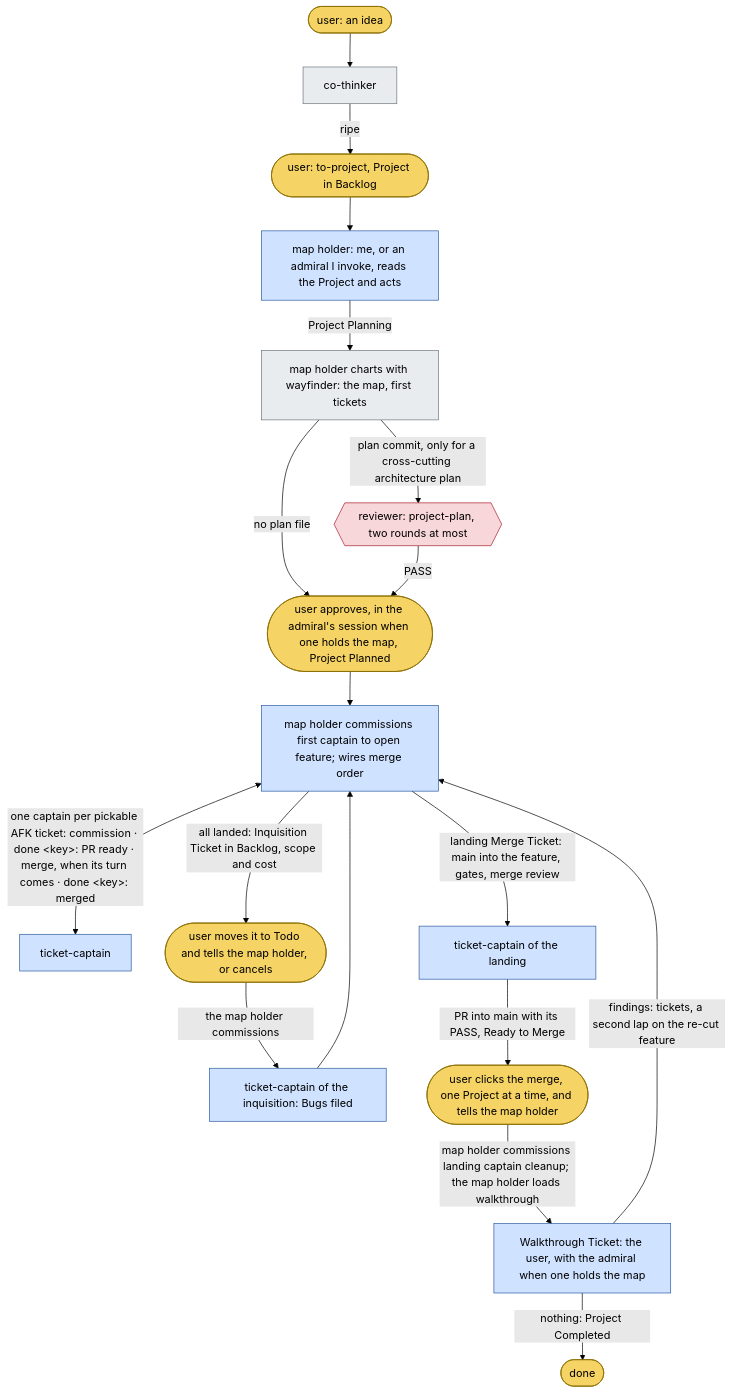
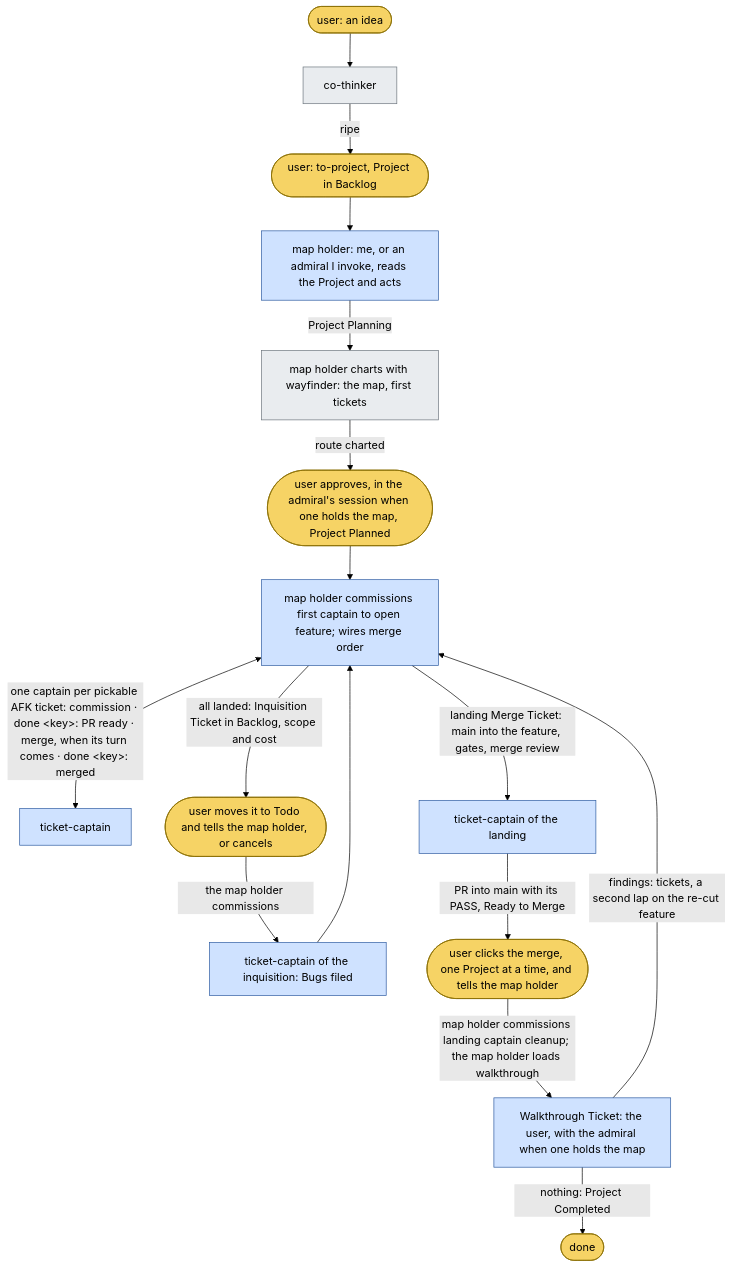
One commit to BalazsOrg/dydo changed the first of 2 diagrams in README.md. Above: the diagram before and after it, drawn with Mermaid (forest theme). The commit also changed 68 other files, not shown here.

````diff
--- a/README.md
+++ b/README.md
@@ -85,26 +85,24 @@
 ```mermaid
 flowchart TD
   classDef human fill:#f6d365,stroke:#8a6d00,color:#000
   classDef session fill:#e9ecef,stroke:#6c757d,color:#000
   classDef officer fill:#cfe2ff,stroke:#2c5aa0,color:#000
   classDef crew fill:#d4edda,stroke:#2e7d32,color:#000
   classDef reviewer fill:#f8d7da,stroke:#a71d2a,color:#000
 
   H0([user: an idea]):::human --> CT[co-thinker]:::session
   CT -->|ripe| TP([user: to-project, Project in Backlog]):::human
   TP --> AD[map holder: me, or an admiral I invoke, reads the Project and acts]:::officer
   AD -->|Project Planning| PP[map holder charts with wayfinder: the map, first tickets]:::session
-  PP -->|plan commit, only for a cross-cutting architecture plan| RP{{reviewer: project-plan, two rounds at most}}:::reviewer
-  PP -->|no plan file| H1
-  RP -->|PASS| H1([user approves, in the admiral's session when one holds the map, Project Planned]):::human
+  PP -->|route charted| H1([user approves, in the admiral's session when one holds the map, Project Planned]):::human
   H1 --> OP[map holder commissions first captain to open feature; wires merge order]:::officer
   OP <-->|"one captain per pickable AFK ticket: commission · done &lt;key&gt;: PR ready · merge, when its turn comes · done &lt;key&gt;: merged"| IC[ticket-captain]:::officer
   OP -->|all landed: Inquisition Ticket in Backlog, scope and cost| H2([user moves it to Todo and tells the map holder, or cancels]):::human
   H2 -->|the map holder commissions| IQ[ticket-captain of the inquisition: Bugs filed]:::officer
   IQ --> OP
   OP -->|landing Merge Ticket: main into the feature, gates, merge review| LM[ticket-captain of the landing]:::officer
   LM -->|PR into main with its PASS, Ready to Merge| H3([user clicks the merge, one Project at a time, and tells the map holder]):::human
   H3 -->|map holder commissions landing captain cleanup; the map holder loads walkthrough| WT[Walkthrough Ticket: the user, with the admiral when one holds the map]:::officer
   WT -->|findings: tickets, a second lap on the re-cut feature| OP
   WT -->|nothing: Project Completed| END([done]):::human
 ```
````
